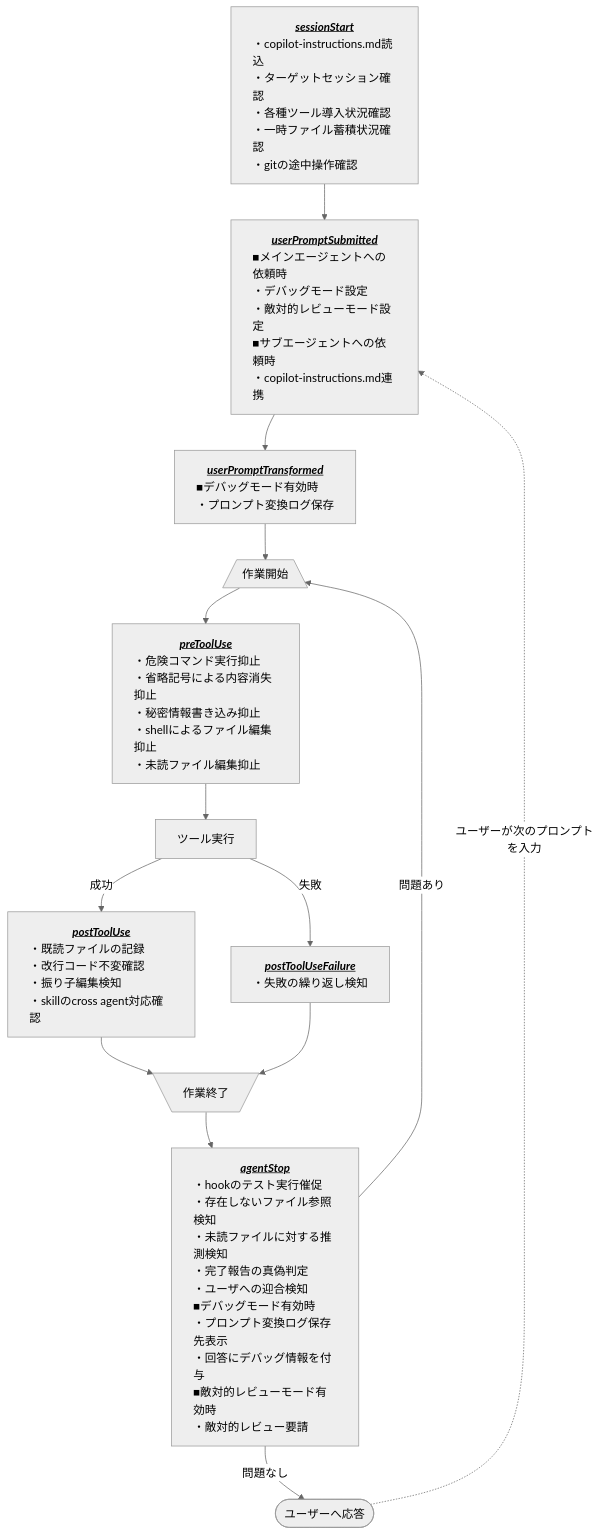
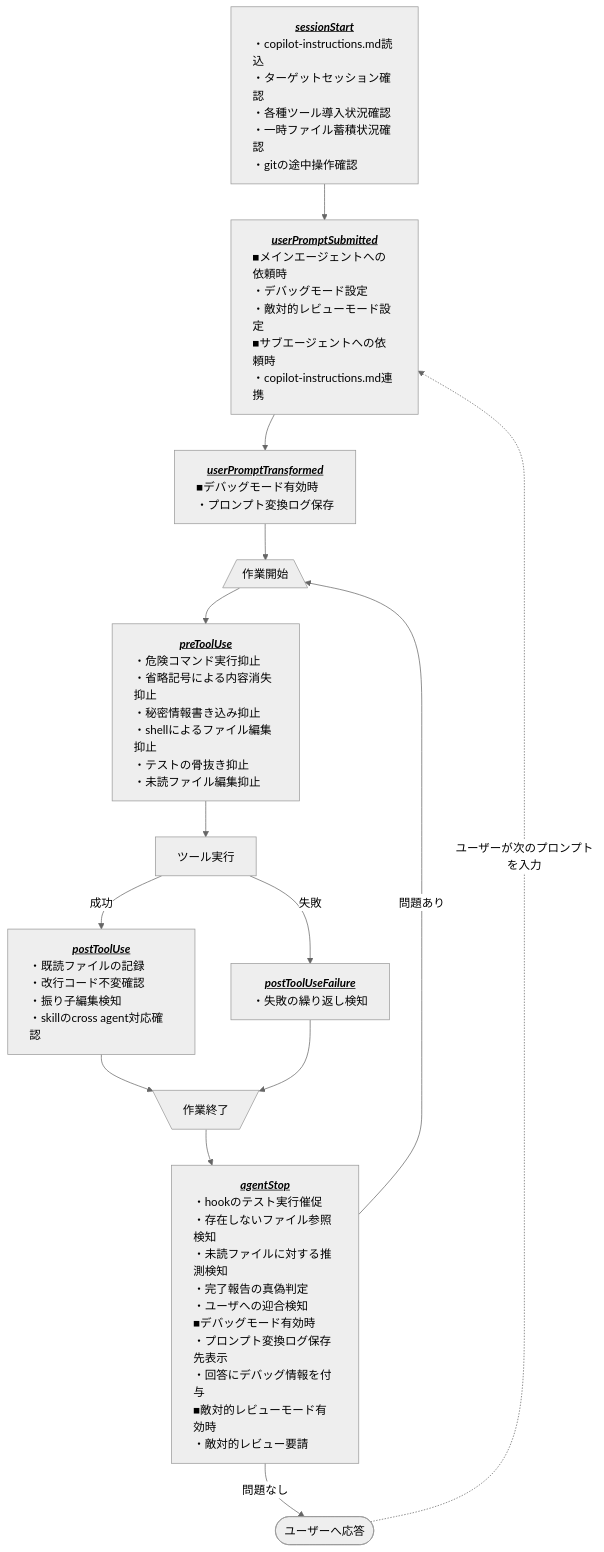
The diagram in .github/README.md (Widthdom/GHCAgentRefinement), drawn with Mermaid (neutral theme) before and after one commit. The commit also changed other lines of this file and 5 other files, not shown here.

````diff
--- a/.github/README.md
+++ b/.github/README.md
@@ -20,33 +20,33 @@
 ```mermaid
 flowchart TD
 
     sessionStart["<b><i><u>sessionStart</u></i></b><br/><div style='text-align: left'>・copilot-instructions.md読込<br/>・ターゲットセッション確認<br/>・各種ツール導入状況確認<br/>・一時ファイル蓄積状況確認<br/>・gitの途中操作確認</div>"]
 
     userPromptSubmitted["<b><i><u>userPromptSubmitted</u></i></b><br/><div style='text-align: left'>■メインエージェントへの依頼時<br/>・デバッグモード設定<br/>・敵対的レビューモード設定<br/>■サブエージェントへの依頼時<br/>・copilot-instructions.md連携</div>"]
 
     userPromptTransformed["<b><i><u>userPromptTransformed</u></i></b><br/><div style='text-align: left'>■デバッグモード有効時<br/>・プロンプト変換ログ保存</div>"]
 
     LoopStart[/作業開始\]
 
-    preToolUse["<b><i><u>preToolUse</u></i></b><br/><div style='text-align: left'>・危険コマンド実行抑止<br/>・省略記号による内容消失抑止<br/>・秘密情報書き込み抑止<br/>・shellによるファイル編集抑止<br/>・未読ファイル編集抑止</div>"]
+    preToolUse["<b><i><u>preToolUse</u></i></b><br/><div style='text-align: left'>・危険コマンド実行抑止<br/>・省略記号による内容消失抑止<br/>・秘密情報書き込み抑止<br/>・shellによるファイル編集抑止<br/>・テストの骨抜き抑止<br/>・未読ファイル編集抑止</div>"]
 
     runTool["ツール実行"]
 
     postToolUse["<b><i><u>postToolUse</u></i></b><br/><div style='text-align: left'>・既読ファイルの記録<br/>・改行コード不変確認<br/>・振り子編集検知<br/>・skillのcross agent対応確認</div>"]
 
     postToolUseFailure["<b><i><u>postToolUseFailure</u></i></b><br/><div style='text-align: left'>・失敗の繰り返し検知</div>"]
 
     LoopEnd[\作業終了/]
 
     agentStop["<b><i><u>agentStop</u></i></b><br/><div style='text-align: left'>・hookのテスト実行催促<br/>・存在しないファイル参照検知<br/>・未読ファイルに対する推測検知<br/>・完了報告の真偽判定<br/>・ユーザへの迎合検知<br/>■デバッグモード有効時<br/>・プロンプト変換ログ保存先表示<br/>・回答にデバッグ情報を付与<br/>■敵対的レビューモード有効時<br/>・敵対的レビュー要請<br/></div>"]
 
     responseToUser(["ユーザーへ応答"])
 
     sessionStart --> userPromptSubmitted --> userPromptTransformed --> LoopStart --> preToolUse --> runTool
     runTool -- "成功" --> postToolUse --> LoopEnd
     runTool -- "失敗" --> postToolUseFailure --> LoopEnd
     LoopEnd --> agentStop
     agentStop -- "問題あり" --> LoopStart
     agentStop -- "問題なし" --> responseToUser
     responseToUser -. "ユーザーが次のプロンプトを入力" .-> userPromptSubmitted
 ```
````
